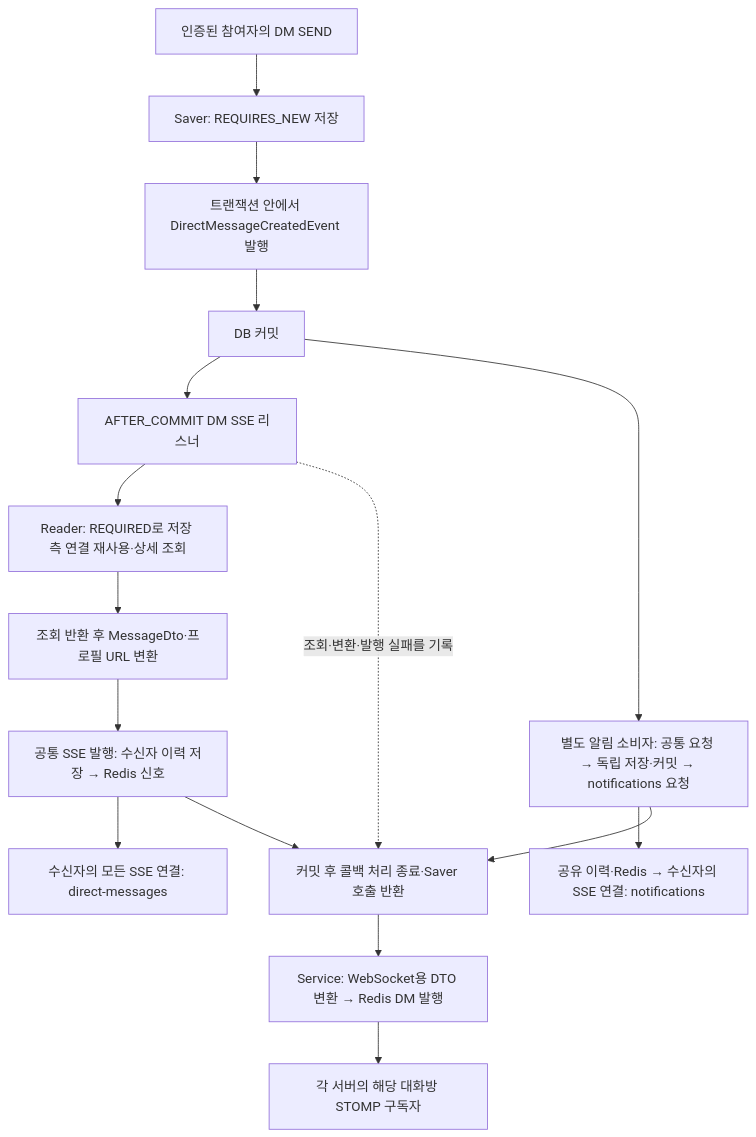
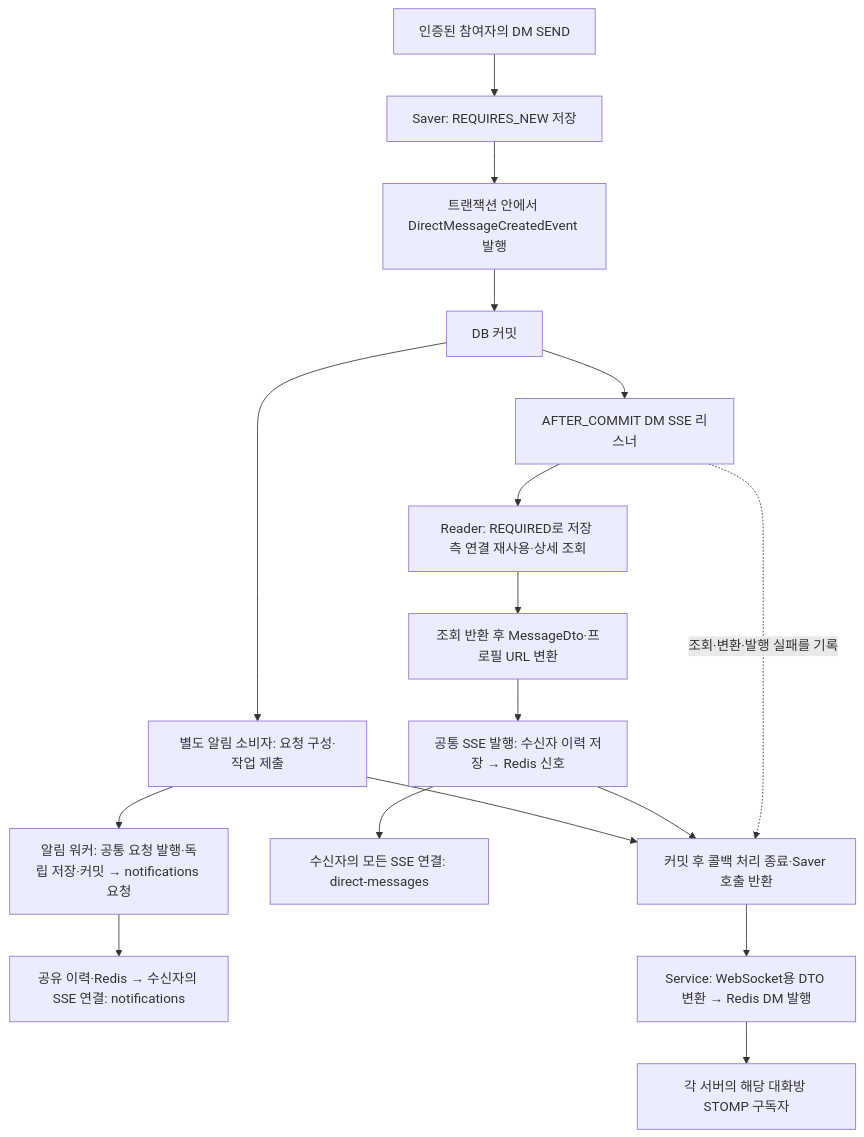
One commit to codeit-backend13-part4-team1/playlist_for_everyone changed the diagram in docs/conversation/15-direct-message-event-sse.md. Above: the diagram before and after it, drawn with Mermaid. The commit also changed other lines of this file and 12 other files, not shown here.

````diff
--- a/docs/conversation/15-direct-message-event-sse.md
+++ b/docs/conversation/15-direct-message-event-sse.md
@@ -7,18 +7,19 @@
 ```mermaid
 flowchart TD
     SEND["인증된 참여자의 DM SEND"] --> SAVE["Saver: REQUIRES_NEW 저장"]
     SAVE --> EVENT["트랜잭션 안에서 DirectMessageCreatedEvent 발행"]
     EVENT --> COMMIT["DB 커밋"]
     COMMIT --> LISTENER["AFTER_COMMIT DM SSE 리스너"]
-    COMMIT --> NOTICE["별도 알림 소비자: 공통 요청 → 독립 저장·커밋 → notifications 요청"]
+    COMMIT --> NOTICE["별도 알림 소비자: 요청 구성·작업 제출"]
+    NOTICE --> WORKER["알림 워커: 공통 요청 발행·독립 저장·커밋 → notifications 요청"]
     LISTENER --> READ["Reader: REQUIRED로 저장 측 연결 재사용·상세 조회"]
     READ --> MAP["조회 반환 후 MessageDto·프로필 URL 변환"]
     MAP --> SSE["공통 SSE 발행: 수신자 이력 저장 → Redis 신호"]
     SSE --> RECEIVE["수신자의 모든 SSE 연결: direct-messages"]
-    NOTICE --> NRECEIVE["공유 이력·Redis → 수신자의 SSE 연결: notifications"]
+    WORKER --> NRECEIVE["공유 이력·Redis → 수신자의 SSE 연결: notifications"]
     NOTICE --> RETURN["커밋 후 콜백 처리 종료·Saver 호출 반환"]
     SSE --> RETURN
     LISTENER -. "조회·변환·발행 실패를 기록" .-> RETURN
     RETURN --> WS["Service: WebSocket용 DTO 변환 → Redis DM 발행"]
     WS --> ROOM["각 서버의 해당 대화방 STOMP 구독자"]
 ```
````
